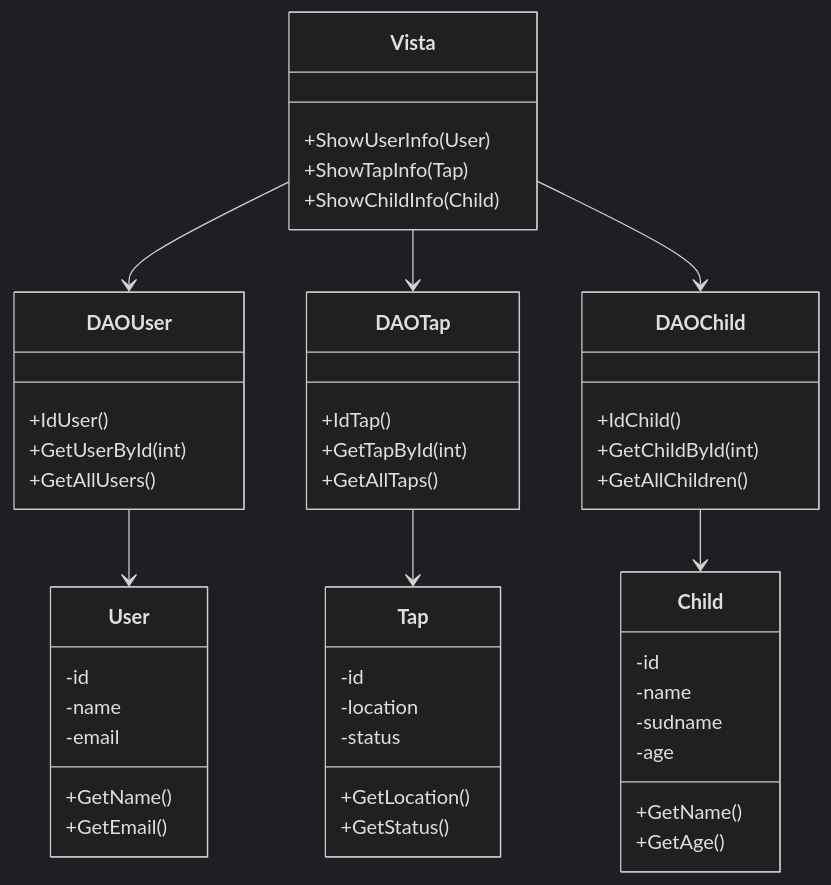
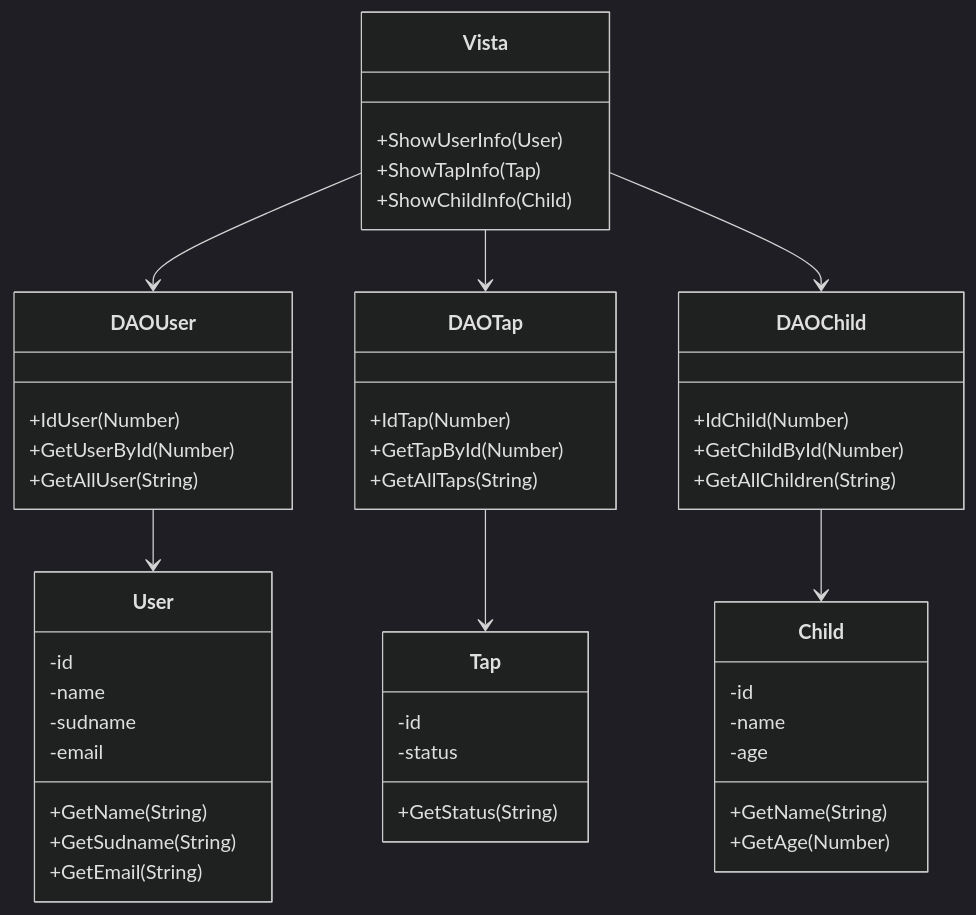
The diagram in prototipo2/prototipo2_1.mermaid (Dariella06/TapaTapp), drawn with Mermaid (dark theme) before and after one commit. The commit also changed 3 other files, not shown here.

```diff
--- a/prototipo2/prototipo2_1.mermaid
+++ b/prototipo2/prototipo2_1.mermaid
@@ -1,56 +1,55 @@
 classDiagram
     Vista --> DAOUser
     Vista --> DAOTap
     Vista --> DAOChild
     DAOUser --> User
     DAOTap --> Tap
     DAOChild --> Child
     
     class Vista {
         +ShowUserInfo(User)
         +ShowTapInfo(Tap)
         +ShowChildInfo(Child)
     }
     
     class DAOUser {
-        +IdUser()
-        +GetUserById(int)
-        +GetAllUsers()
+        +IdUser(Number)
+        +GetUserById(Number)
+        +GetAllUser(String)
     }
-    
+
     class DAOTap {
-        +IdTap()
-        +GetTapById(int)
-        +GetAllTaps()
+        +IdTap(Number)
+        +GetTapById(Number)
+        +GetAllTaps(String)
     }
     
     class DAOChild {
-        +IdChild()
-        +GetChildById(int)
-        +GetAllChildren()
+        +IdChild(Number)
+        +GetChildById(Number)
+        +GetAllChildren(String)
     }
     
     class User {
         -id
         -name
+        -sudname
         -email
-        +GetName()
-        +GetEmail()
+        +GetName(String)
+        +GetSudname(String)
+        +GetEmail(String)
     }
     
     class Tap {
         -id
-        -location
         -status
-        +GetLocation()
-        +GetStatus()
+        +GetStatus(String)
     }
     
     class Child {
         -id
         -name
-        -sudname
         -age
-        +GetName()
-        +GetAge()
+        +GetName(String)
+        +GetAge(Number)
     }
```
